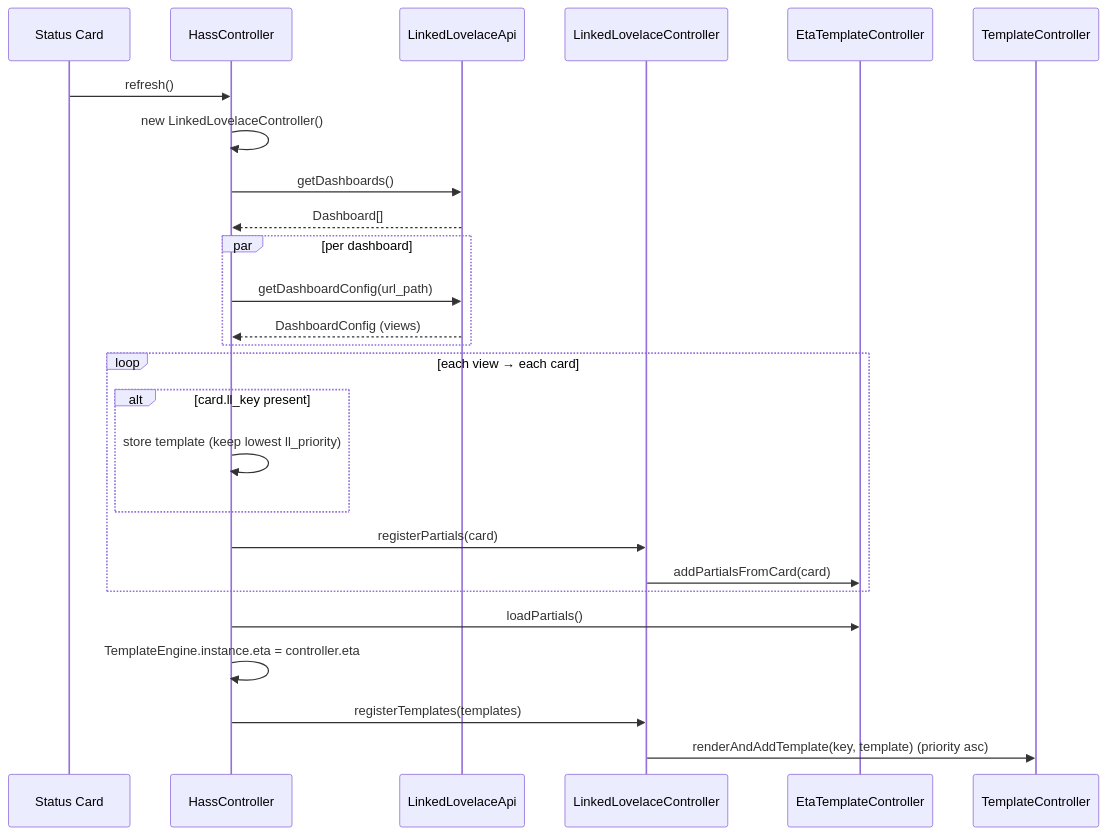
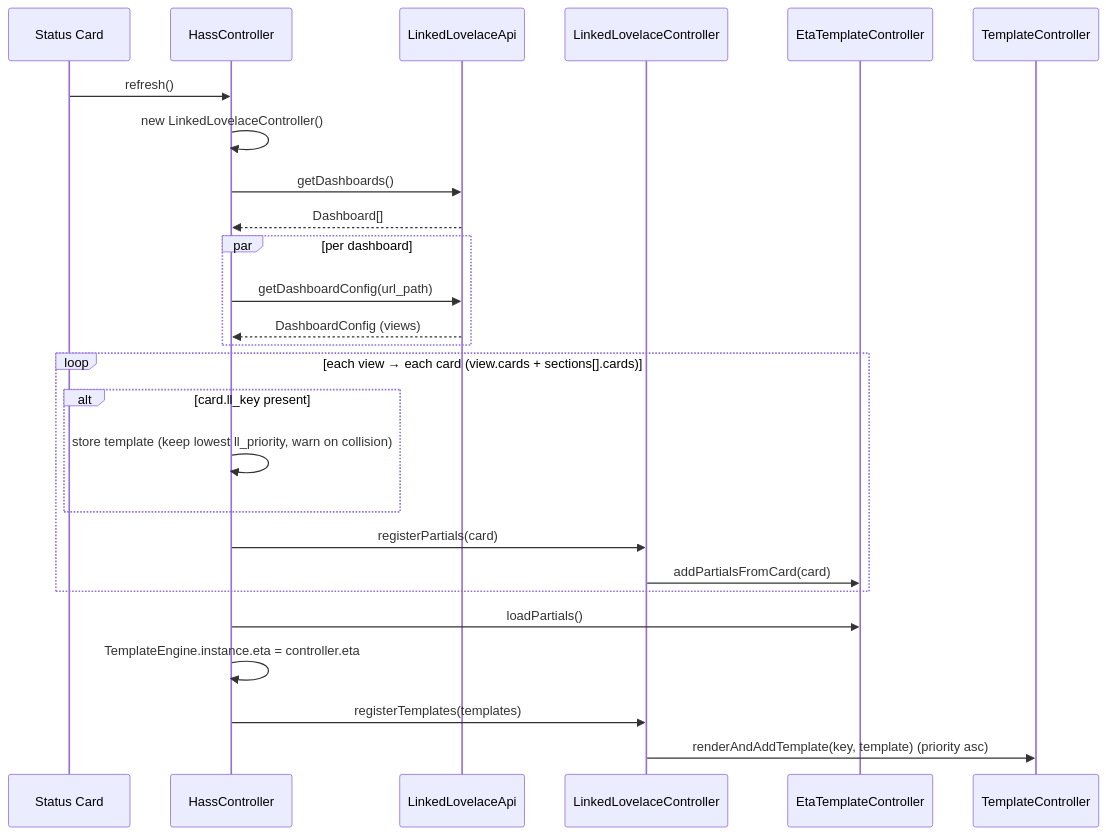
One commit to daredoes/linked-lovelace-ui changed the fifth of 9 diagrams in docs_site/lifecycles.md. Above: the diagram before and after it, drawn with Mermaid. The commit also changed other lines of this file, not shown here.

````diff
--- a/docs_site/lifecycles.md
+++ b/docs_site/lifecycles.md
@@ -120,29 +121,29 @@
 ```mermaid
 sequenceDiagram
     participant SC as Status Card
     participant HC as HassController
     participant API as LinkedLovelaceApi
     participant LLC as LinkedLovelaceController
     participant ETA as EtaTemplateController
     participant TC as TemplateController
 
     SC->>HC: refresh()
     HC->>HC: new LinkedLovelaceController()
     HC->>API: getDashboards()
     API-->>HC: Dashboard[]
     par per dashboard
         HC->>API: getDashboardConfig(url_path)
         API-->>HC: DashboardConfig (views)
     end
-    loop each view → each card
+    loop each view → each card (view.cards + sections[].cards)
         alt card.ll_key present
-            HC->>HC: store template (keep lowest ll_priority)
+            HC->>HC: store template (keep lowest ll_priority, warn on collision)
         end
         HC->>LLC: registerPartials(card)
         LLC->>ETA: addPartialsFromCard(card)
     end
     HC->>ETA: loadPartials()
     HC->>HC: TemplateEngine.instance.eta = controller.eta
     HC->>LLC: registerTemplates(templates)
     LLC->>TC: renderAndAddTemplate(key, template) (priority asc)
 ```
````
